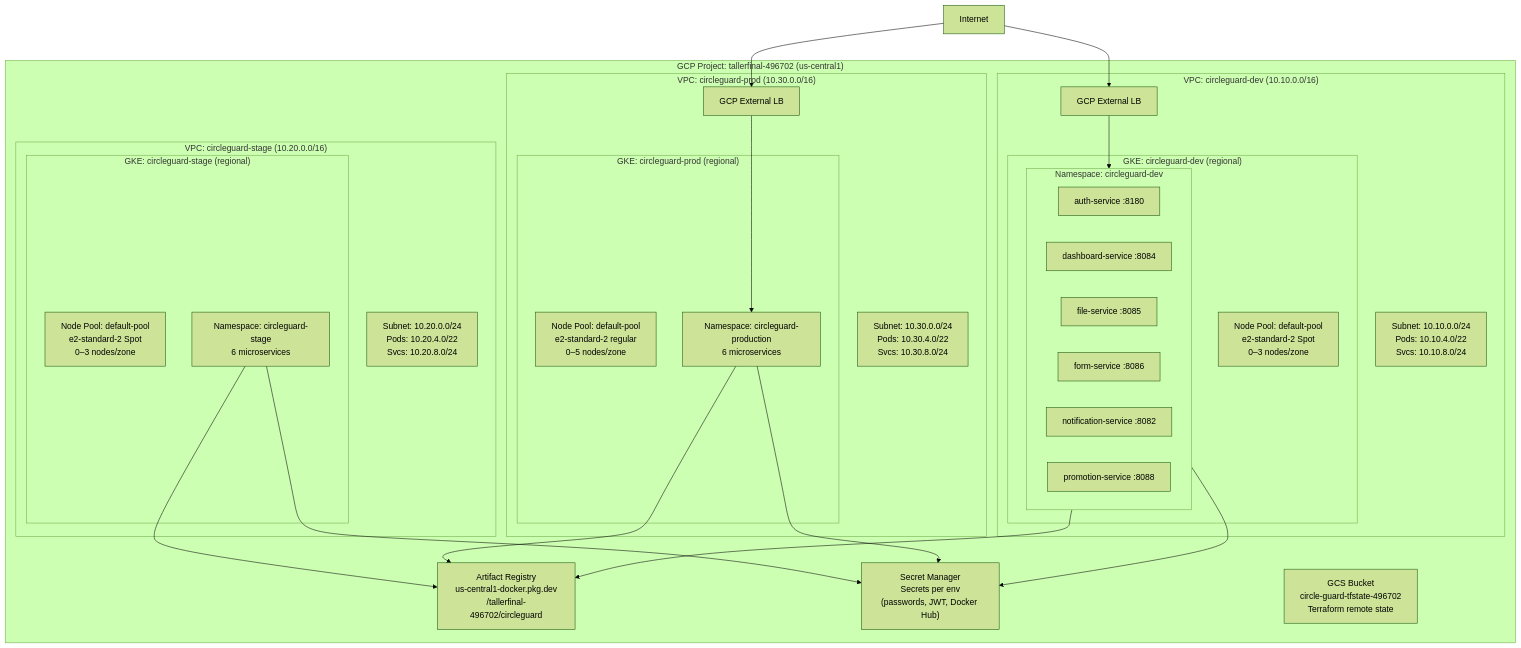
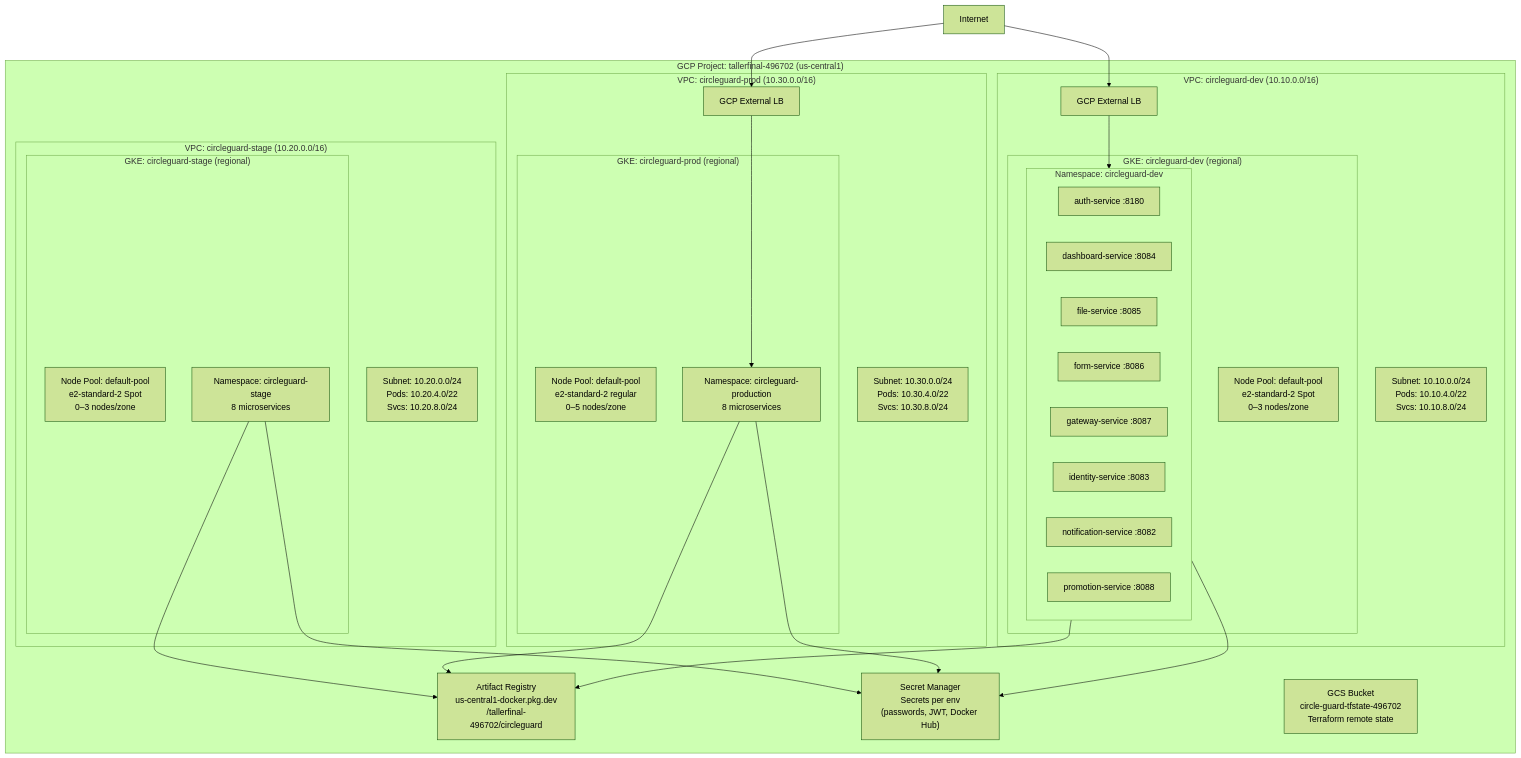
The diagram in docs/diagrams/infrastructure.md (David104087/circle-guard-public), drawn with Mermaid (forest theme) before and after one commit. The commit also changed 20 other files, not shown here.

````diff
--- a/docs/diagrams/infrastructure.md
+++ b/docs/diagrams/infrastructure.md
@@ -7,54 +7,56 @@
 ```mermaid
 graph TB
     subgraph GCP["GCP Project: tallerfinal-496702 (us-central1)"]
 
         AR["Artifact Registry\nus-central1-docker.pkg.dev\n/tallerfinal-496702/circleguard"]
         SM["Secret Manager\nSecrets per env\n(passwords, JWT, Docker Hub)"]
         GCS["GCS Bucket\ncircle-guard-tfstate-496702\nTerraform remote state"]
 
         subgraph DEV["VPC: circleguard-dev (10.10.0.0/16)"]
             SN_DEV["Subnet: 10.10.0.0/24\nPods: 10.10.4.0/22\nSvcs: 10.10.8.0/24"]
             subgraph GKE_DEV["GKE: circleguard-dev (regional)"]
                 NP_DEV["Node Pool: default-pool\ne2-standard-2 Spot\n0–3 nodes/zone"]
                 subgraph NS_DEV["Namespace: circleguard-dev"]
                     AUTH_D["auth-service :8180"]
                     DASH_D["dashboard-service :8084"]
                     FILE_D["file-service :8085"]
                     FORM_D["form-service :8086"]
+                    GW_D["gateway-service :8087"]
+                    ID_D["identity-service :8083"]
                     NOTIF_D["notification-service :8082"]
                     PROMO_D["promotion-service :8088"]
                 end
             end
             LB_DEV["GCP External LB"]
         end
 
         subgraph STAGE["VPC: circleguard-stage (10.20.0.0/16)"]
             SN_STG["Subnet: 10.20.0.0/24\nPods: 10.20.4.0/22\nSvcs: 10.20.8.0/24"]
             subgraph GKE_STG["GKE: circleguard-stage (regional)"]
                 NP_STG["Node Pool: default-pool\ne2-standard-2 Spot\n0–3 nodes/zone"]
-                NS_STG["Namespace: circleguard-stage\n6 microservices"]
+                NS_STG["Namespace: circleguard-stage\n8 microservices"]
             end
         end
 
         subgraph PROD["VPC: circleguard-prod (10.30.0.0/16)"]
             SN_PRD["Subnet: 10.30.0.0/24\nPods: 10.30.4.0/22\nSvcs: 10.30.8.0/24"]
             subgraph GKE_PRD["GKE: circleguard-prod (regional)"]
                 NP_PRD["Node Pool: default-pool\ne2-standard-2 regular\n0–5 nodes/zone"]
-                NS_PRD["Namespace: circleguard-production\n6 microservices"]
+                NS_PRD["Namespace: circleguard-production\n8 microservices"]
             end
             LB_PRD["GCP External LB"]
         end
 
     end
 
     Internet --> LB_DEV
     Internet --> LB_PRD
     LB_DEV --> NS_DEV
     LB_PRD --> NS_PRD
     NS_DEV --> AR
     NS_STG --> AR
     NS_PRD --> AR
     NS_DEV --> SM
     NS_STG --> SM
     NS_PRD --> SM
 ```
````
